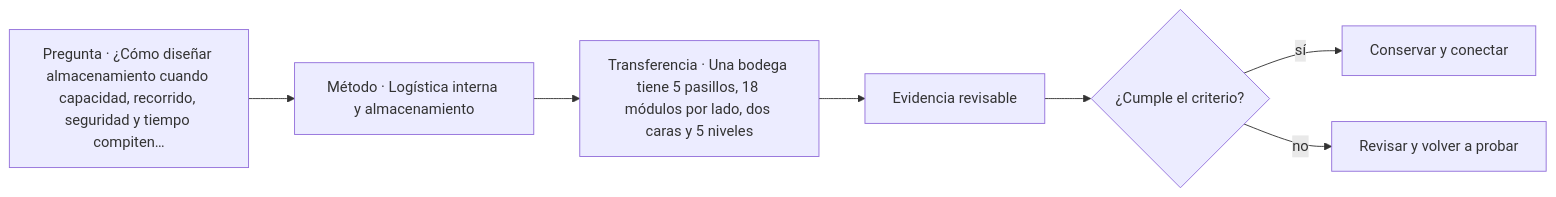
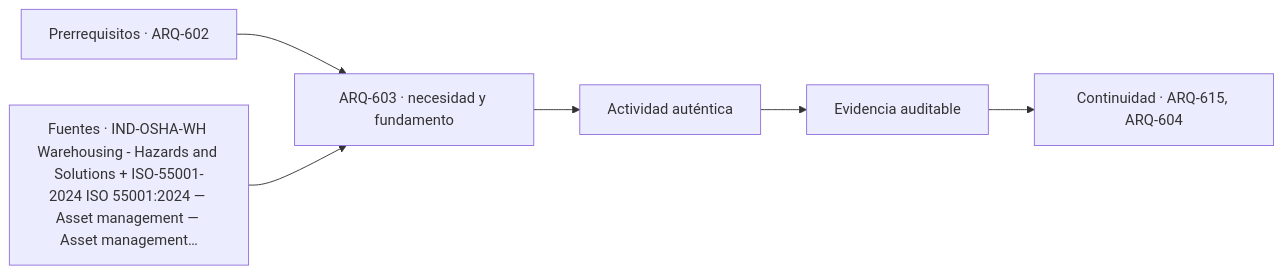
One commit to vladimiracunadev-create/architecture-built-environment-learning-program changed the diagram in classes/parte-61/ARQ-603.md. Above: the diagram before and after it, drawn with Mermaid. The commit also changed other lines of this file and 761 other files, not shown here.

````diff
--- a/classes/parte-61/ARQ-603.md
+++ b/classes/parte-61/ARQ-603.md
@@ -111,9 +123,8 @@
 ```mermaid
 flowchart LR
-    Q["Pregunta · ¿Cómo diseñar almacenamiento cuando capacidad, recorrido, seguridad y tiempo compiten…"] --> M["Método · Logística interna y almacenamiento"]
-    M --> P["Transferencia · Una bodega tiene 5 pasillos, 18 módulos por lado, dos caras y 5 niveles"]
-    P --> E["Evidencia revisable"]
-    E --> C{"¿Cumple el criterio?"}
-    C -->|sí| T["Conservar y conectar"]
-    C -->|no| R["Revisar y volver a probar"]
+    A["Prerrequisitos · ARQ-602"] --> B["ARQ-603 · necesidad y fundamento"]
+    S["Fuentes · IND-OSHA-WH Warehousing - Hazards and Solutions + ISO-55001-2024 ISO 55001:2024 — Asset management — Asset management…"] --> B
+    B --> C["Actividad auténtica"]
+    C --> D["Evidencia auditable"]
+    D --> E["Continuidad · ARQ-615, ARQ-604"]
 ```
````
